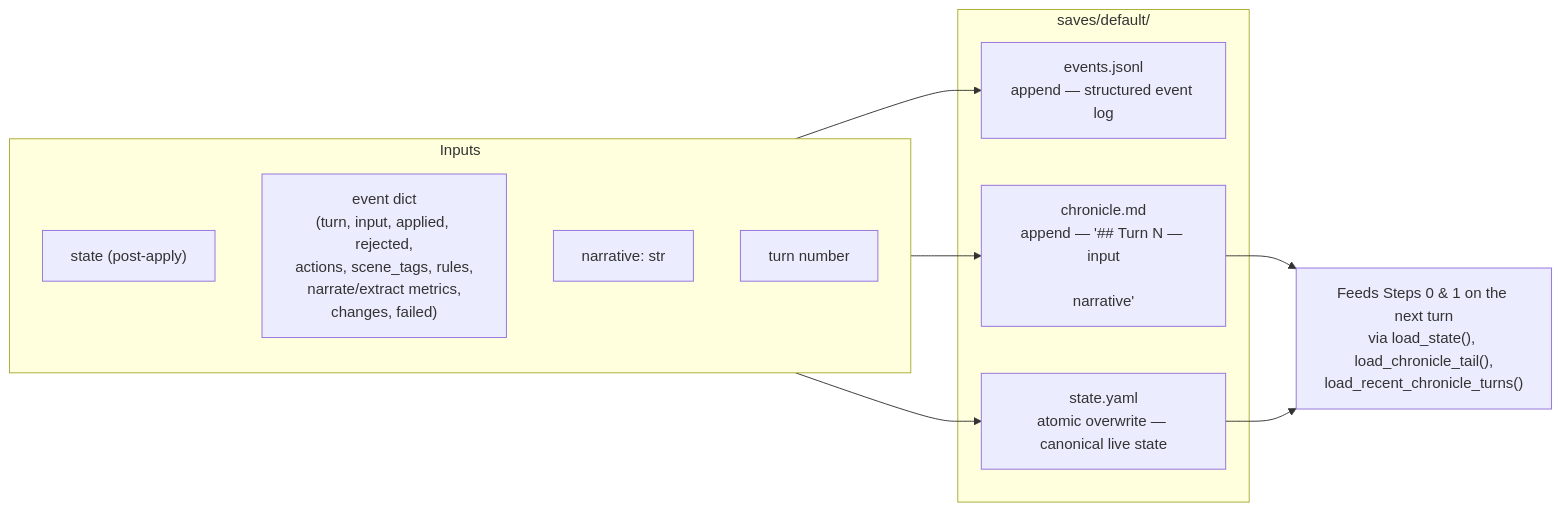
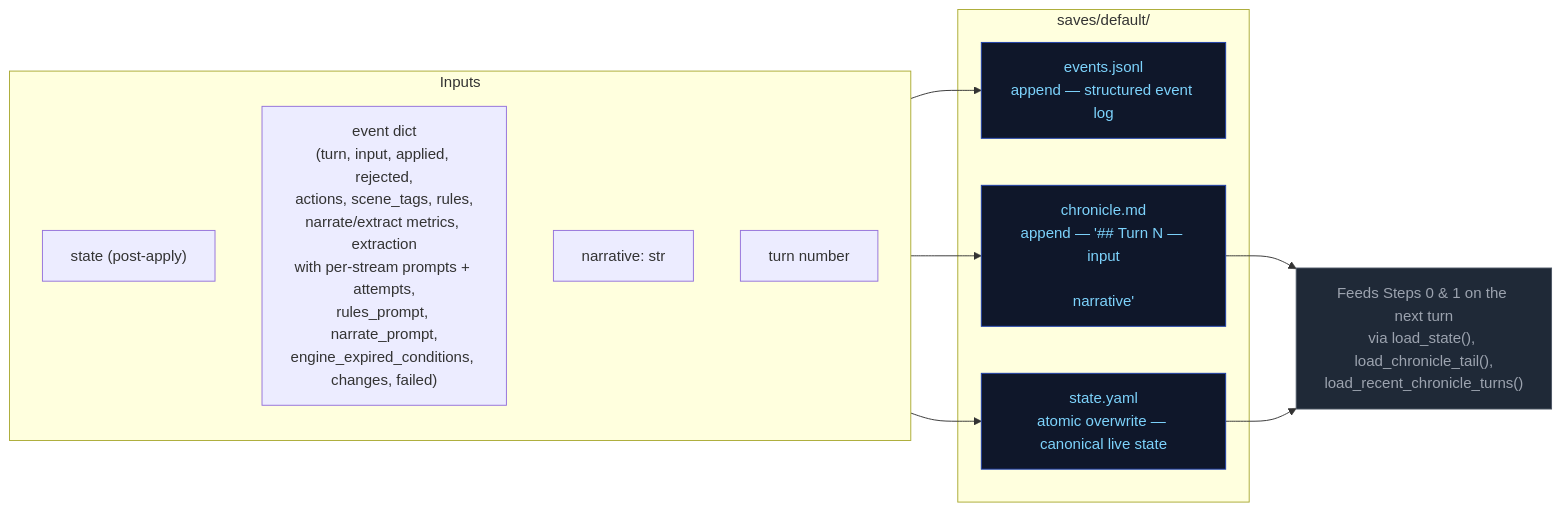
Before and after one commit to pww217/fablethread: the eighth of 11 diagrams in ARCHITECTURE.md, drawn with Mermaid. The commit also changed other lines of this file and 28 other files, not shown here.

````diff
--- a/ARCHITECTURE.md
+++ b/ARCHITECTURE.md
@@ -292,23 +335,26 @@
 ```mermaid
 flowchart LR
+    classDef storageNode fill:#0f172a,color:#7dd3fc,stroke:#1e40af
+    classDef pyNode      fill:#1f2937,color:#9ca3af,stroke:#4b5563
+
     subgraph IN["Inputs"]
         P1["state (post-apply)"]
-        P2["event dict<br>(turn, input, applied, rejected,<br>actions, scene_tags, rules,<br>narrate/extract metrics,<br>changes, failed)"]
+        P2["event dict<br>(turn, input, applied, rejected,<br>actions, scene_tags, rules,<br>narrate/extract metrics, extraction<br>with per-stream prompts + attempts,<br>rules_prompt, narrate_prompt,<br>engine_expired_conditions, changes, failed)"]
         P3["narrative: str"]
         P4["turn number"]
     end
 
     subgraph WRITES["saves/default/"]
-        W1["events.jsonl<br>append — structured event log"]
-        W2["state.yaml<br>atomic overwrite — canonical live state"]
-        W3["chronicle.md<br>append — '## Turn N — input\n\nnarrative'"]
+        W1["events.jsonl<br>append — structured event log"]:::storageNode
+        W2["state.yaml<br>atomic overwrite — canonical live state"]:::storageNode
+        W3["chronicle.md<br>append — '## Turn N — input\n\nnarrative'"]:::storageNode
     end
 
-    READBACK["Feeds Steps 0 & 1 on the next turn<br>via load_state(), load_chronicle_tail(),<br>load_recent_chronicle_turns()"]
+    READBACK["Feeds Steps 0 & 1 on the next turn<br>via load_state(), load_chronicle_tail(),<br>load_recent_chronicle_turns()"]:::pyNode
 
     IN --> W1
     IN --> W2
     IN --> W3
     W3 --> READBACK
     W2 --> READBACK
 ```
````
